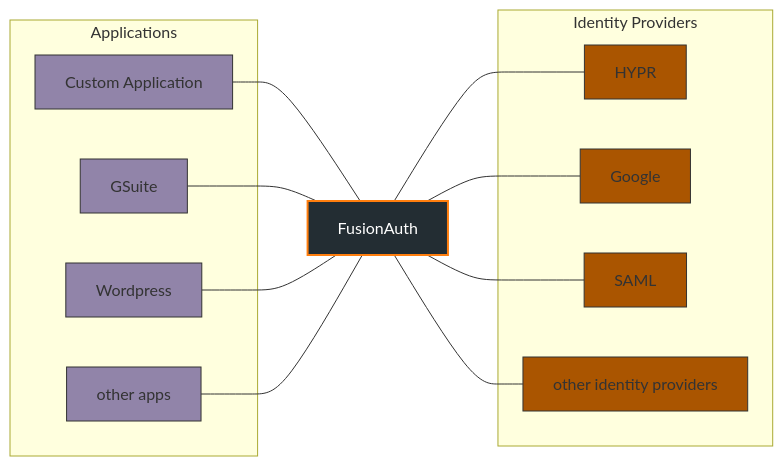
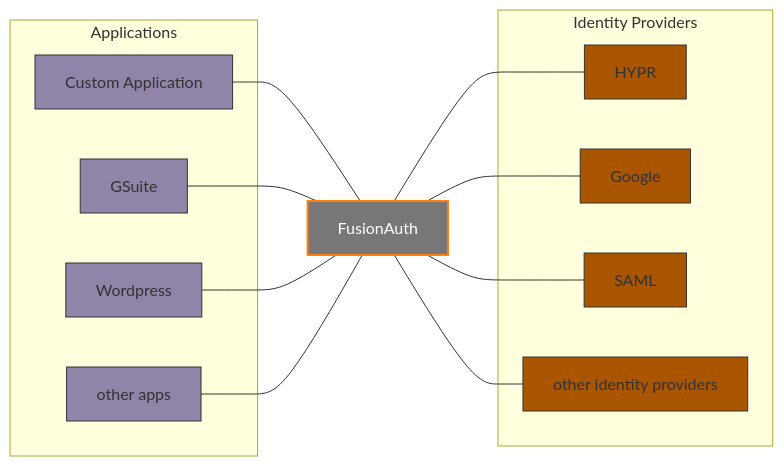
Before and after one commit to FusionAuth/fusionauth-site: the diagram in astro/src/content/articles/ciam/auth-and-the-bottleneck-architecture.mdx, drawn with Mermaid.

Commit message:
Fix contrast in light mode

````diff
--- a/astro/src/content/articles/ciam/auth-and-the-bottleneck-architecture.mdx
+++ b/astro/src/content/articles/ciam/auth-and-the-bottleneck-architecture.mdx
@@ -32,43 +32,43 @@
 ```mermaid
 graph LR
     %% Node Definitions
     subgraph Applications
         A1[Custom Application]
         A2[GSuite]
         A3[Wordpress]
         A4[other apps]
     end
 
     FA[FusionAuth]
 
     subgraph IdentityProviders [Identity Providers]
         IP1[HYPR]
         IP2[Google]
         IP3[SAML]
         IP4[other identity providers]
     end
 
     %% Connections
     A1 --- FA
     A2 --- FA
     A3 --- FA
     A4 --- FA
 
     FA --- IP1
     FA --- IP2
     FA --- IP3
     FA --- IP4
 
     %% Styling
-    style FA fill:#232d33,stroke:#ff7e0e,stroke-width:2px,color:#fff
+    style FA fill:#777,stroke:#ff7e0e,stroke-width:2px,color:#fff
     
     style A1 fill:#9184a9,stroke:#333
     style A2 fill:#9184a9,stroke:#333
     style A3 fill:#9184a9,stroke:#333
     style A4 fill:#9184a9,stroke:#333
 
     style IP1 fill:#aa5500,stroke:#333
     style IP2 fill:#aa5500,stroke:#333
     style IP3 fill:#aa5500,stroke:#333
     style IP4 fill:#aa5500,stroke:#333
 ```
````
